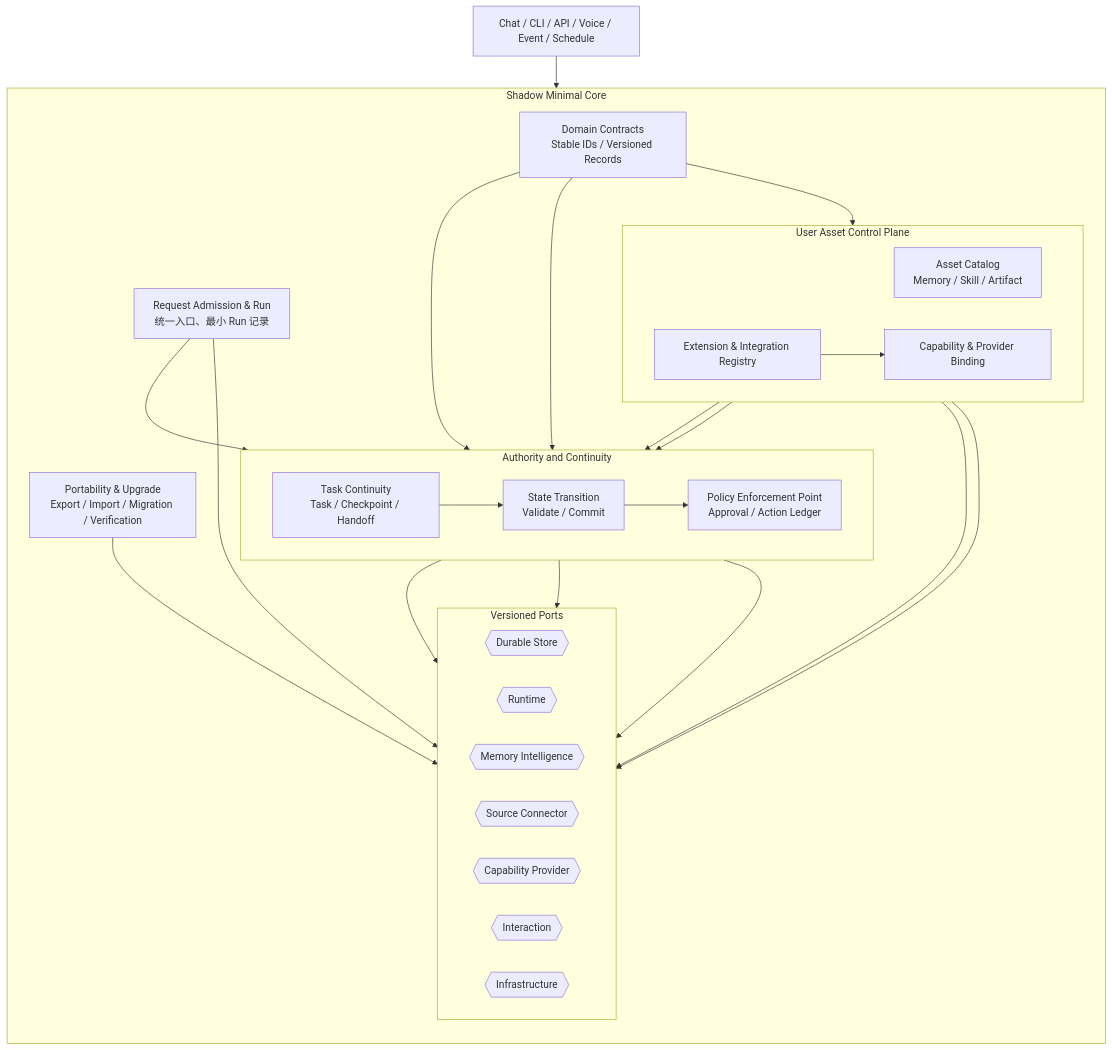
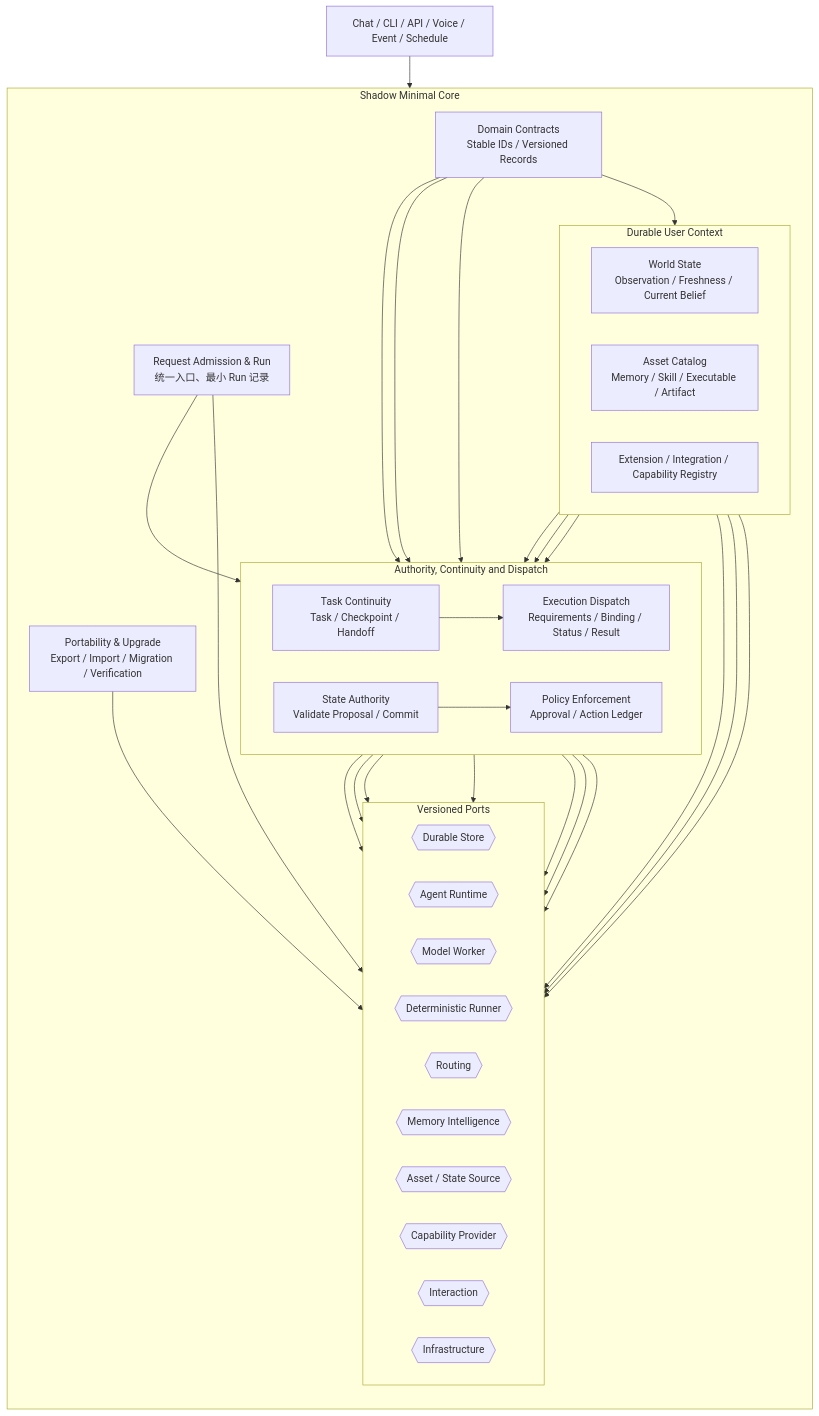
One commit to wzw57/OpenShadow changed the first of 4 diagrams in docs/architecture.md. Above: the diagram before and after it, drawn with Mermaid. The commit also changed other lines of this file, not shown here.

Commit message:
docs: define world state and execution plane

```diff
--- a/docs/architecture.md
+++ b/docs/architecture.md
@@ -49,61 +52,64 @@
 ~~~mermaid
 flowchart TB
     REQUEST["Chat / CLI / API / Voice / Event / Schedule"]
 
     subgraph CORE["Shadow Minimal Core"]
         direction TB
-
         INGRESS["Request Admission & Run<br/>统一入口、最小 Run 记录"]
-
         CONTRACTS["Domain Contracts<br/>Stable IDs / Versioned Records"]
 
-        subgraph AUTHORITY["Authority and Continuity"]
+        subgraph CONTROL["Authority, Continuity and Dispatch"]
             direction LR
             TASK["Task Continuity<br/>Task / Checkpoint / Handoff"]
-            STATE["State Transition<br/>Validate / Commit"]
-            POLICY["Policy Enforcement Point<br/>Approval / Action Ledger"]
+            EXEC["Execution Dispatch<br/>Requirements / Binding / Status / Result"]
+            STATE["State Authority<br/>Validate Proposal / Commit"]
+            POLICY["Policy Enforcement<br/>Approval / Action Ledger"]
         end
 
-        subgraph CATALOGS["User Asset Control Plane"]
+        subgraph CONTEXT["Durable User Context"]
             direction LR
-            ASSETS["Asset Catalog<br/>Memory / Skill / Artifact"]
-            EXTENSIONS["Extension & Integration Registry"]
-            CAPABILITIES["Capability & Provider Binding"]
+            WORLD["World State<br/>Observation / Freshness / Current Belief"]
+            ASSETS["Asset Catalog<br/>Memory / Skill / Executable / Artifact"]
+            REGISTRY["Extension / Integration / Capability Registry"]
         end
 
         PORTABILITY["Portability & Upgrade<br/>Export / Import / Migration / Verification"]
 
         subgraph PORTS["Versioned Ports"]
             direction LR
             STORE_PORT{{"Durable Store"}}
-            RUNTIME_PORT{{"Runtime"}}
+            RUNTIME_PORT{{"Agent Runtime"}}
+            MODEL_PORT{{"Model Worker"}}
+            RUNNER_PORT{{"Deterministic Runner"}}
+            ROUTING_PORT{{"Routing"}}
             MEMORY_PORT{{"Memory Intelligence"}}
-            SOURCE_PORT{{"Source Connector"}}
+            SOURCE_PORT{{"Asset / State Source"}}
             PROVIDER_PORT{{"Capability Provider"}}
             INTERACTION_PORT{{"Interaction"}}
             INFRA_PORT{{"Infrastructure"}}
         end
     end
 
-    REQUEST --> INGRESS
-    INGRESS --> TASK
-    TASK --> STATE
+    REQUEST --> INGRESS --> TASK --> EXEC
+    CONTRACTS --> TASK
+    CONTRACTS --> EXEC
+    CONTRACTS --> STATE
+    CONTRACTS --> WORLD
     STATE --> POLICY
+    WORLD --> EXEC
+    ASSETS --> EXEC
+    REGISTRY --> EXEC
 
-    CONTRACTS --> TASK
-    CONTRACTS --> STATE
-    CONTRACTS --> ASSETS
-
-    ASSETS --> STATE
-    EXTENSIONS --> CAPABILITIES
-    CAPABILITIES --> POLICY
-
-    STATE --> STORE_PORT
-    TASK --> RUNTIME_PORT
+    EXEC --> RUNTIME_PORT
+    EXEC --> MODEL_PORT
+    EXEC --> RUNNER_PORT
+    EXEC --> ROUTING_PORT
     ASSETS --> MEMORY_PORT
+    WORLD --> SOURCE_PORT
     ASSETS --> SOURCE_PORT
     POLICY --> PROVIDER_PORT
     INGRESS --> INTERACTION_PORT
-
+    TASK --> INFRA_PORT
+    STATE --> STORE_PORT
     PORTABILITY --> STORE_PORT
 ~~~
```
